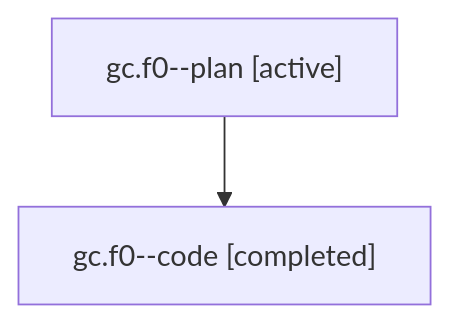
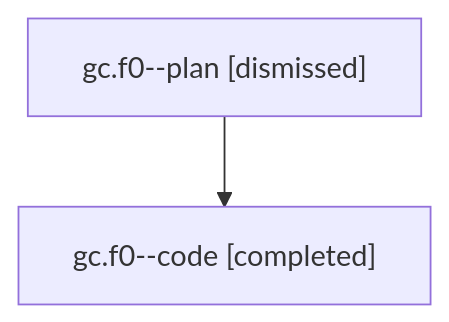
One commit to sase-org/sase--agents changed the diagram in sessions/bbugyi200.athena.gc.f0.md. Above: the diagram before and after it, drawn with Mermaid. The commit also changed other lines of this file and 36 other files, not shown here.

````diff
--- a/sessions/bbugyi200.athena.gc.f0.md
+++ b/sessions/bbugyi200.athena.gc.f0.md
@@ -9,6 +9,6 @@
 ```mermaid
 flowchart TD
-  n0["gc.f0--plan [active]"]
+  n0["gc.f0--plan [dismissed]"]
   n1["gc.f0--code [completed]"]
   n0 --> n1
 ```
````
